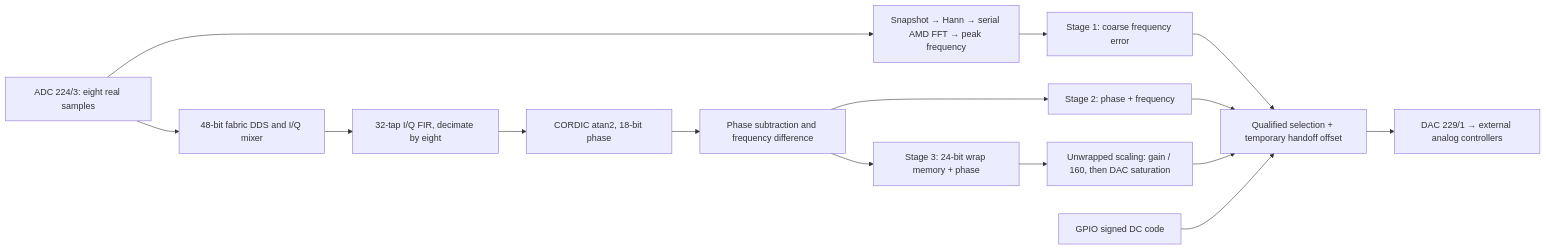
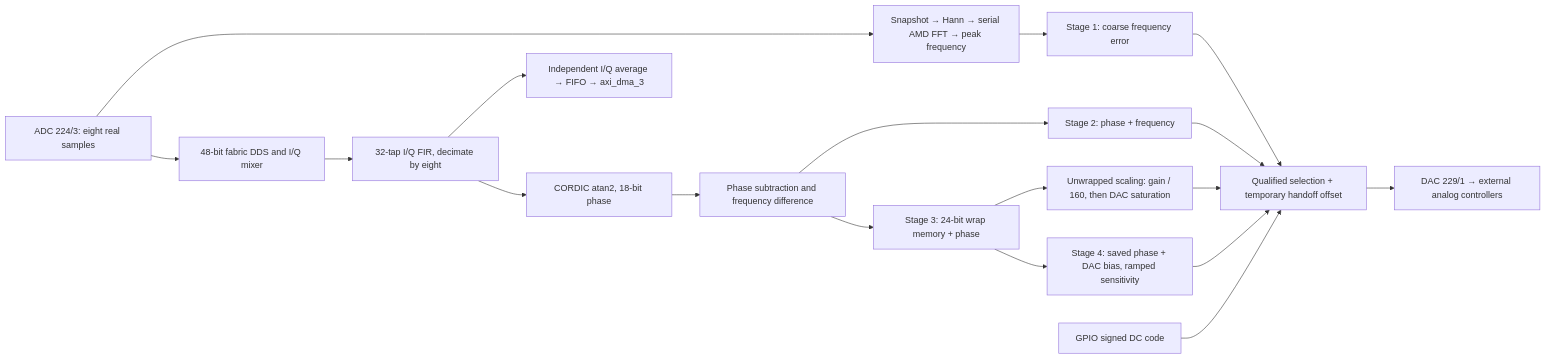
The diagram in docs/laser_pll.md (drkbldwn208/TransportPhaseLockFF), drawn with Mermaid before and after one commit. The commit also changed other lines of this file and 61 other files, not shown here.

````diff
--- a/docs/laser_pll.md
+++ b/docs/laser_pll.md
@@ -61,17 +92,20 @@
 ```mermaid
 flowchart LR
     ADC["ADC 224/3: eight real samples"] --> MIX["48-bit fabric DDS and I/Q mixer"]
     MIX --> FIR["32-tap I/Q FIR, decimate by eight"]
     FIR --> CORDIC["CORDIC atan2, 18-bit phase"]
     CORDIC --> ERR["Phase subtraction and frequency difference"]
     ERR --> CAP["Stage 2: phase + frequency"]
     ERR --> UNWRAP["Stage 3: 24-bit wrap memory + phase"]
     UNWRAP --> SCALE["Unwrapped scaling: gain / 160, then DAC saturation"]
+    UNWRAP --> TRACK["Stage 4: saved phase + DAC bias, ramped sensitivity"]
+    FIR --> MON["Independent I/Q average → FIFO → axi_dma_3"]
     ADC --> FFT["Snapshot → Hann → serial AMD FFT → peak frequency"]
     FFT --> WIDE["Stage 1: coarse frequency error"]
     WIDE --> SELECT["Qualified selection + temporary handoff offset"]
     CAP --> SELECT
     SCALE --> SELECT
+    TRACK --> SELECT
     DC["GPIO signed DC code"] --> SELECT
     SELECT --> DAC["DAC 229/1 → external analog controllers"]
 ```
````
